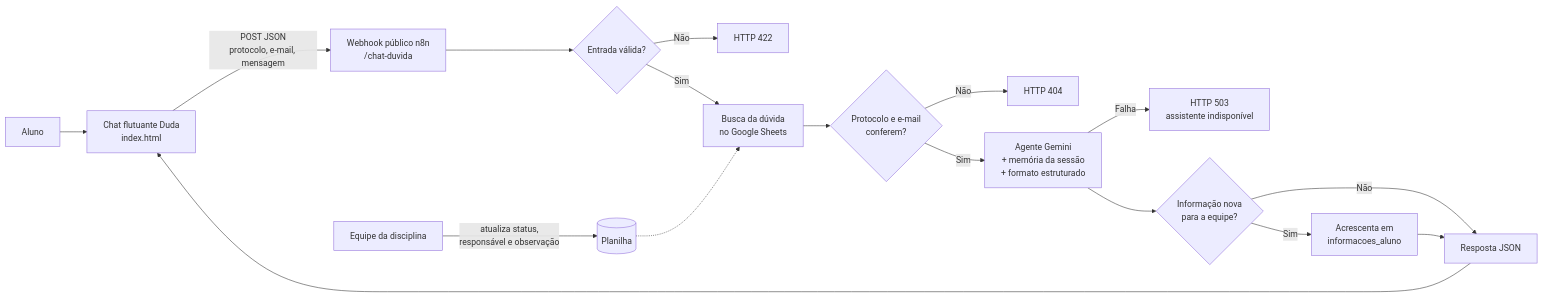
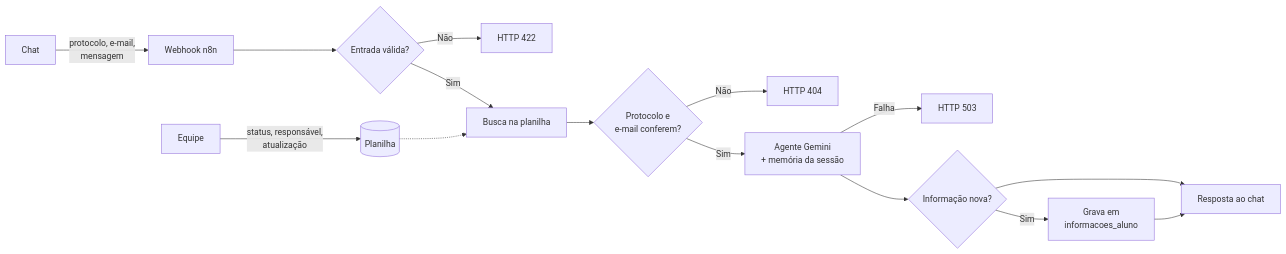
The fourth of 4 diagrams in Unidade4/Projeto-Chatbot/central_de_duvidas_chatbot/README.md (SoaresDiego8/Tendencia-Em-Ciencia-da-Computacao), drawn with Mermaid before and after one commit. The commit also changed other lines of this file, not shown here.

````diff
--- a/Unidade4/Projeto-Chatbot/central_de_duvidas_chatbot/README.md
+++ b/Unidade4/Projeto-Chatbot/central_de_duvidas_chatbot/README.md
@@ -84,19 +247,17 @@
 ```mermaid
 flowchart LR
-    U[Aluno] --> C[Chat flutuante Duda\nindex.html]
-    C -->|POST JSON\nprotocolo, e-mail, mensagem| W[Webhook público n8n\n/chat-duvida]
+    C[Chat] -->|protocolo, e-mail,<br/>mensagem| W[Webhook n8n]
     W --> V{Entrada válida?}
     V -->|Não| E1[HTTP 422]
-    V -->|Sim| B[Busca da dúvida\nno Google Sheets]
-    B --> I{Protocolo e e-mail\nconferem?}
+    V -->|Sim| B[Busca na planilha]
+    B --> I{Protocolo e<br/>e-mail conferem?}
     I -->|Não| E2[HTTP 404]
-    I -->|Sim| G[Agente Gemini\n+ memória da sessão\n+ formato estruturado]
-    G -->|Falha| E3[HTTP 503\nassistente indisponível]
-    G --> Q{Informação nova\npara a equipe?}
-    Q -->|Sim| S[Acrescenta em\ninformacoes_aluno]
-    Q -->|Não| R[Resposta JSON]
+    I -->|Sim| G[Agente Gemini<br/>+ memória da sessão]
+    G -->|Falha| E3[HTTP 503]
+    G --> Q{Informação nova?}
+    Q -->|Sim| S[Grava em<br/>informacoes_aluno]
+    Q --> R[Resposta ao chat]
     S --> R
-    R --> C
-    T[Equipe da disciplina] -->|atualiza status,\nresponsável e observação| P[(Planilha)]
+    T[Equipe] -->|status, responsável,<br/>atualização| P[(Planilha)]
     P -.-> B
 ```
````
